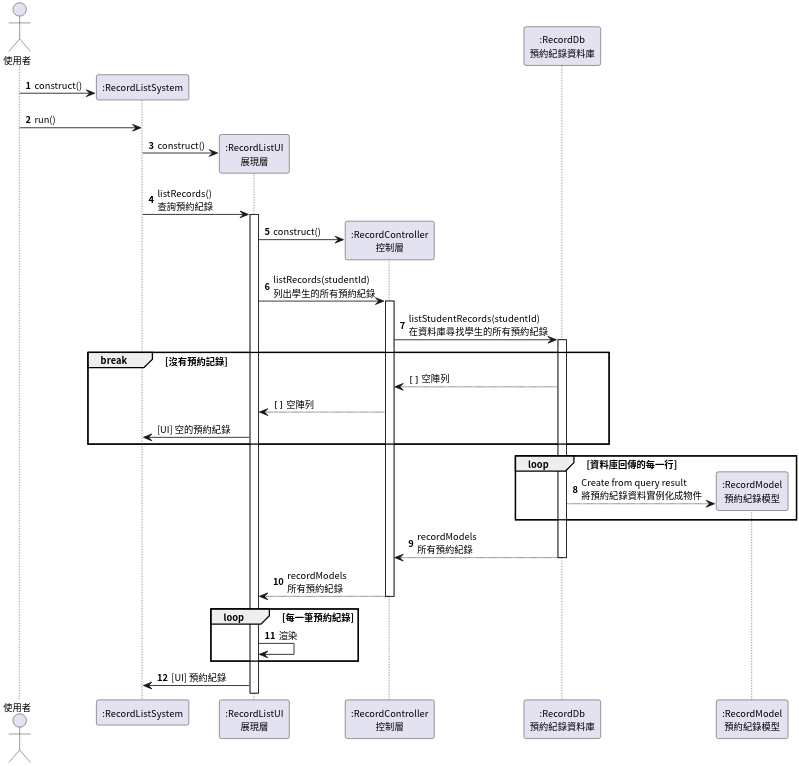
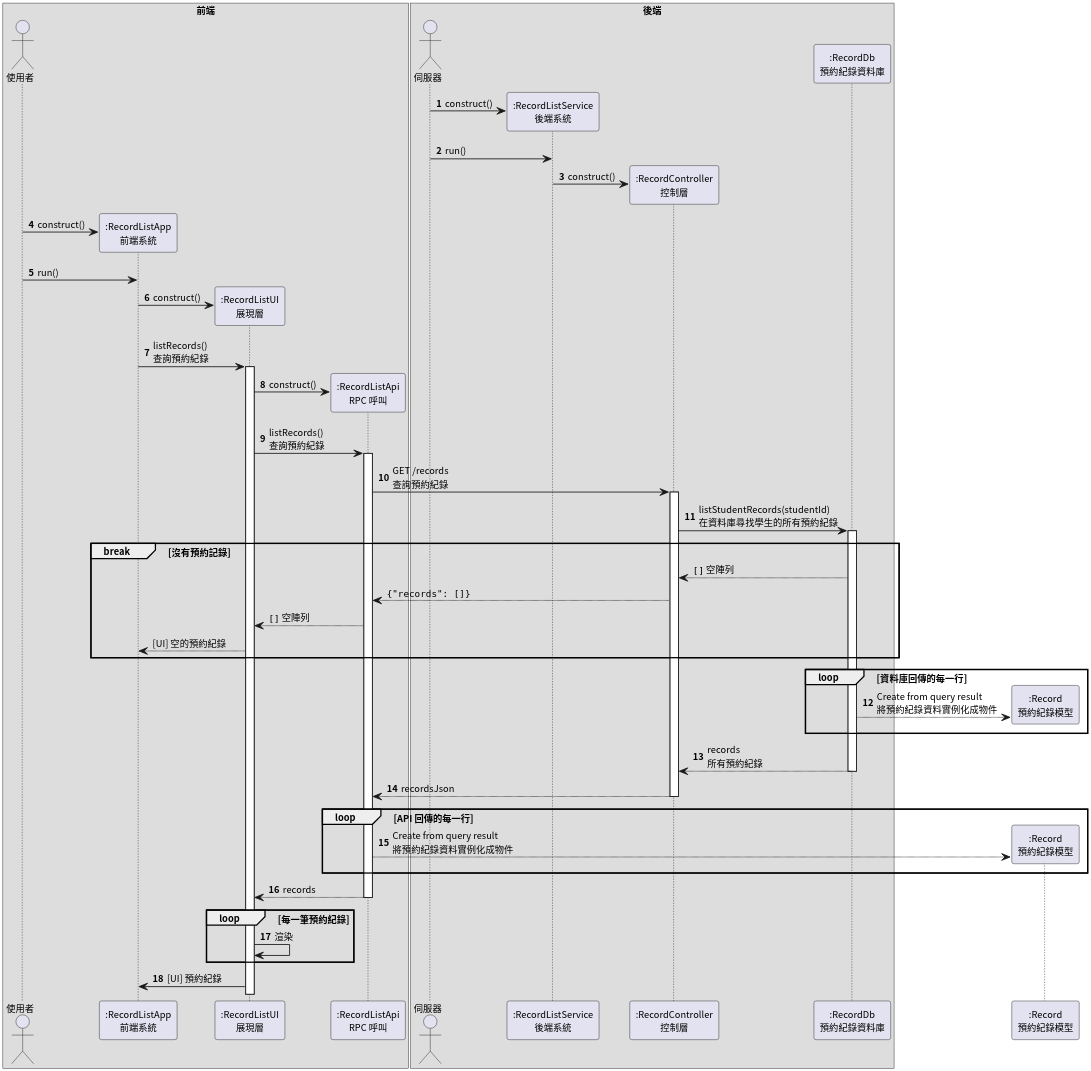
One commit to pan93412/nkust-homework changed the fifth of 6 diagrams in semester-4/system-analysis/localized/sequence-diagram.plantuml. Above: the diagram before and after it, drawn with PlantUML. The commit also changed other lines of this file, not shown here.

Commit message:
s4: system-analysis: class-diagram: Refactor

```diff
--- a/semester-4/system-analysis/localized/sequence-diagram.plantuml
+++ b/semester-4/system-analysis/localized/sequence-diagram.plantuml
@@ -213,48 +290,71 @@
 @startuml RecordListRecords
 
 autonumber
 skinparam dpi 300
 skinparam linetype ortho
 skinparam defaultFontSize 11
 skinparam defaultFontName "Noto Sans CJK TC"
 
+box 前端
 actor Requester as "使用者"
-participant RecordListSystem as ":RecordListSystem"
+participant RecordListApp as ":RecordListApp\n前端系統"
 participant RecordListUI as ":RecordListUI\n展現層"
+participant RecordListApi as ":RecordListApi\nRPC 呼叫"
+end box
+
+box 後端
+actor Server as "伺服器"
+participant RecordListService as ":RecordListService\n後端系統"
 participant RecordController as ":RecordController\n控制層"
 participant RecordDb as ":RecordDb\n預約紀錄資料庫"
+end box
 
-Requester -> RecordListSystem **: construct()
-Requester -> RecordListSystem: run()
+participant Record as ":Record\n預約紀錄模型"
 
-RecordListSystem -> RecordListUI **: construct()
-RecordListSystem -> RecordListUI ++: listRecords()\n查詢預約紀錄
+Server -> RecordListService **: construct()
+Server -> RecordListService: run()
+RecordListService -> RecordController **: construct()
 
-RecordListUI -> RecordController **: construct()
-RecordListUI -> RecordController ++: listRecords(studentId)\n列出學生的所有預約紀錄
+Requester -> RecordListApp **: construct()
+
+Requester -> RecordListApp: run()
+
+RecordListApp -> RecordListUI **: construct()
+RecordListApp -> RecordListUI ++: listRecords()\n查詢預約紀錄
+
+RecordListUI -> RecordListApi **: construct()
+RecordListUI -> RecordListApi ++: listRecords()\n查詢預約紀錄
+
+RecordListApi -> RecordController ++: GET /records\n查詢預約紀錄
 
 RecordController -> RecordDb ++: listStudentRecords(studentId)\n在資料庫尋找學生的所有預約紀錄
 
 break 沒有預約記錄
     autonumber stop
     RecordController <-- RecordDb: ""[]"" 空陣列
-    RecordListUI <-- RecordController: ""[]"" 空陣列
-    RecordListSystem <- RecordListUI: [UI] 空的預約紀錄
+    RecordListApi <-- RecordController: ""{"records": []}""
+    RecordListUI <-- RecordListApi: ""[]"" 空陣列
+    RecordListApp <-- RecordListUI: [UI] 空的預約紀錄
 end
 
 autonumber resume
 loop 資料庫回傳的每一行
-create participant RecordModel as ":RecordModel\n預約紀錄模型"
-RecordDb --> RecordModel **: Create from query result\n將預約紀錄資料實例化成物件
+RecordDb --> Record **: Create from query result\n將預約紀錄資料實例化成物件
 end
 
-return recordModels\n所有預約紀錄
-return recordModels\n所有預約紀錄
+return records\n所有預約紀錄
+return recordsJson
+
+loop API 回傳的每一行
+RecordListApi --> Record **: Create from query result\n將預約紀錄資料實例化成物件
+end
+
+return records
 
 loop 每一筆預約紀錄
     RecordListUI -> RecordListUI: 渲染
 end
 
-RecordListSystem <- RecordListUI: [UI] 預約紀錄
+RecordListApp <- RecordListUI: [UI] 預約紀錄
 
 @enduml
```
